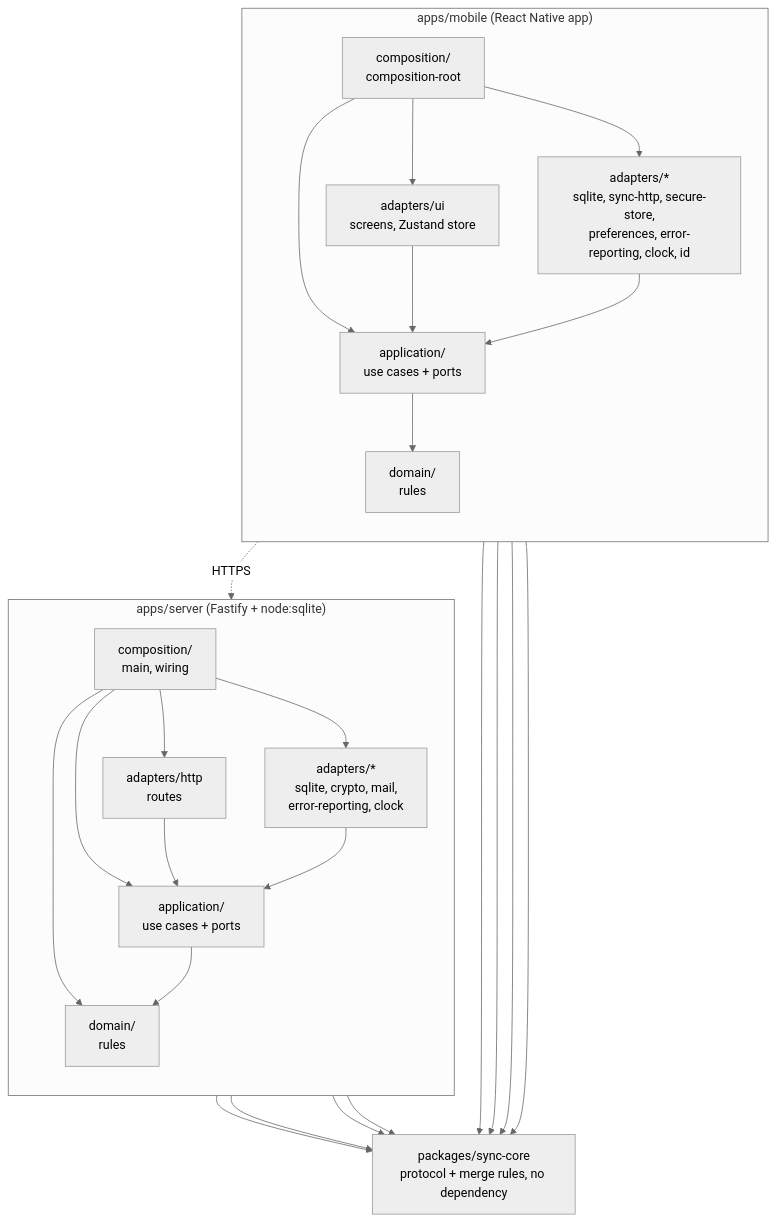
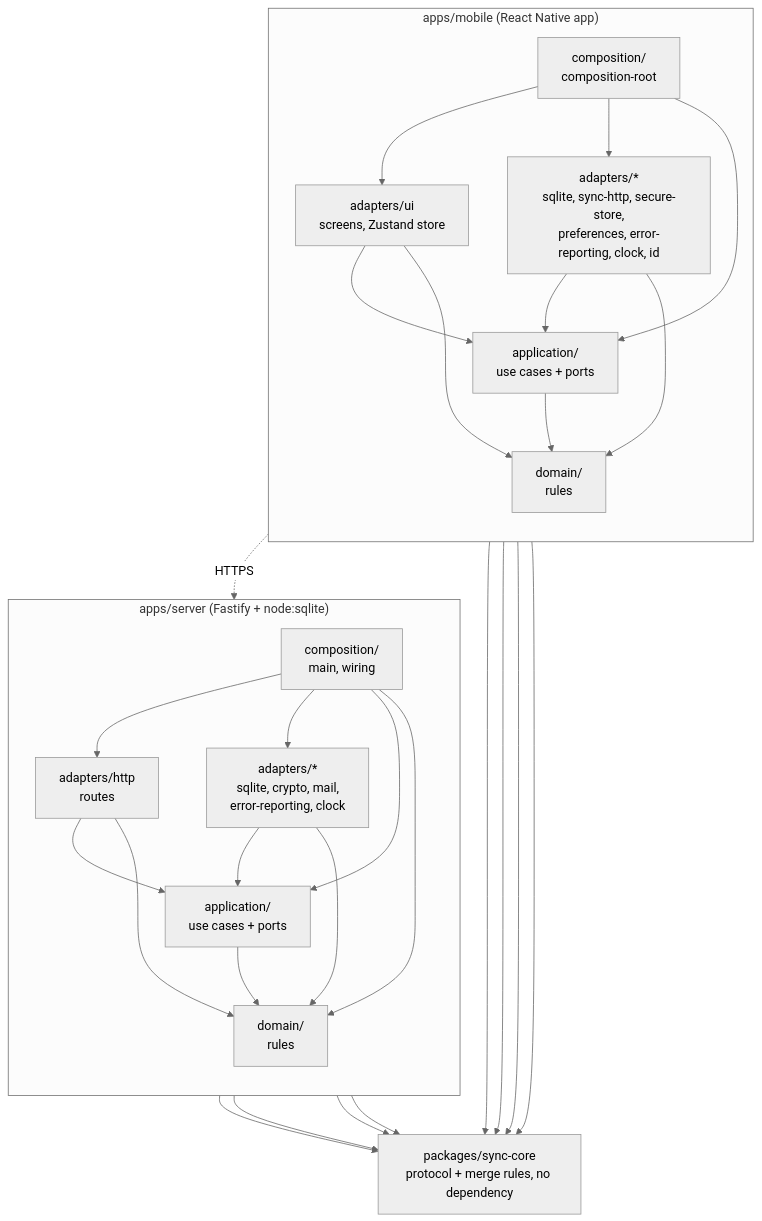
The diagram in docs/architecture.md (glimberger/mes-courses), drawn with Mermaid (neutral theme) before and after one commit.

Commit message:
docs: add the adapter to domain edges to the architecture diagram

````diff
--- a/docs/architecture.md
+++ b/docs/architecture.md
@@ -13,44 +13,48 @@
 ```mermaid
 flowchart TB
   subgraph mobile["apps/mobile (React Native app)"]
     direction TB
     mcomp["composition/<br/>composition-root"]
     mui["adapters/ui<br/>screens, Zustand store"]
     mout["adapters/*<br/>sqlite, sync-http, secure-store,<br/>preferences, error-reporting, clock, id"]
     mapp["application/<br/>use cases + ports"]
     mdom["domain/<br/>rules"]
     mcomp --> mui
     mcomp --> mout
     mcomp --> mapp
     mui --> mapp
     mout --> mapp
+    mui --> mdom
+    mout --> mdom
     mapp --> mdom
   end
 
   subgraph server["apps/server (Fastify + node:sqlite)"]
     direction TB
     scomp["composition/<br/>main, wiring"]
     sin["adapters/http<br/>routes"]
     sout["adapters/*<br/>sqlite, crypto, mail,<br/>error-reporting, clock"]
     sapp["application/<br/>use cases + ports"]
     sdom["domain/<br/>rules"]
     scomp --> sin
     scomp --> sout
     scomp --> sapp
     scomp --> sdom
     sin --> sapp
     sout --> sapp
+    sin --> sdom
+    sout --> sdom
     sapp --> sdom
   end
 
   core["packages/sync-core<br/>protocol + merge rules, no dependency"]
   mdom --> core
   mapp --> core
   mui --> core
   mout --> core
   sdom --> core
   sapp --> core
   sin --> core
   sout --> core
   mout -. "HTTPS" .-> sin
 ```
````
